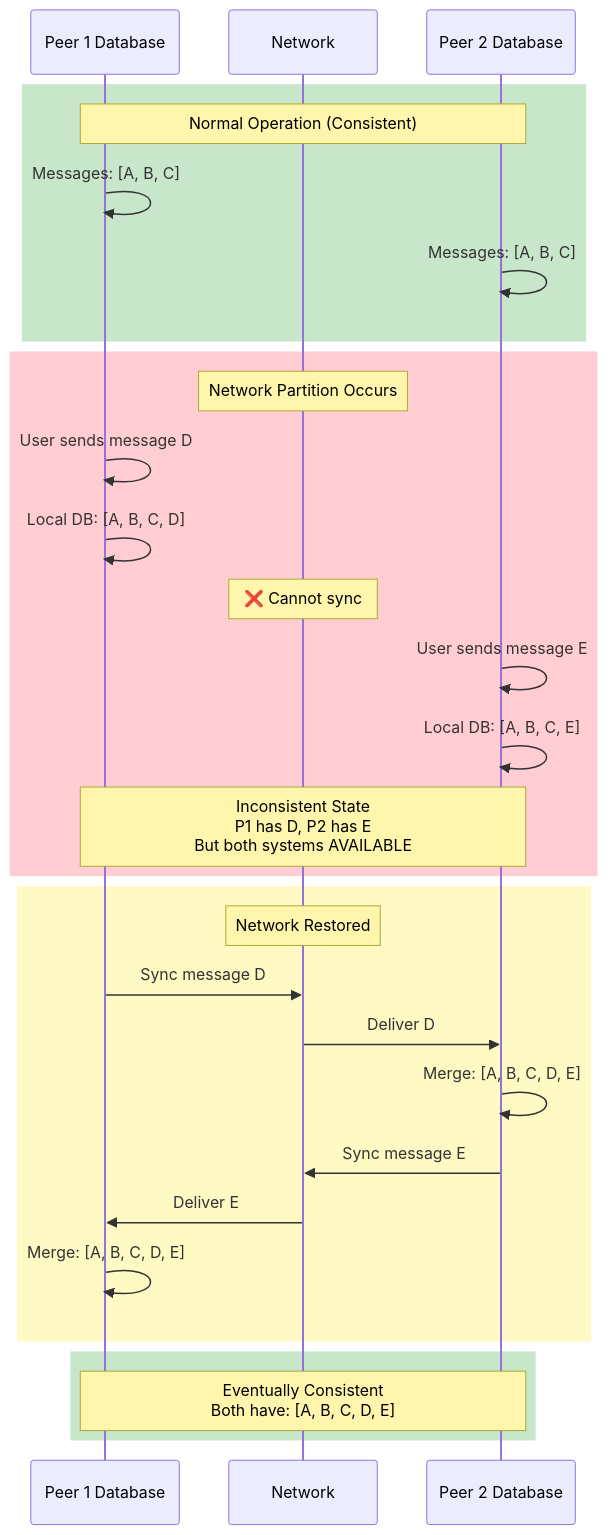
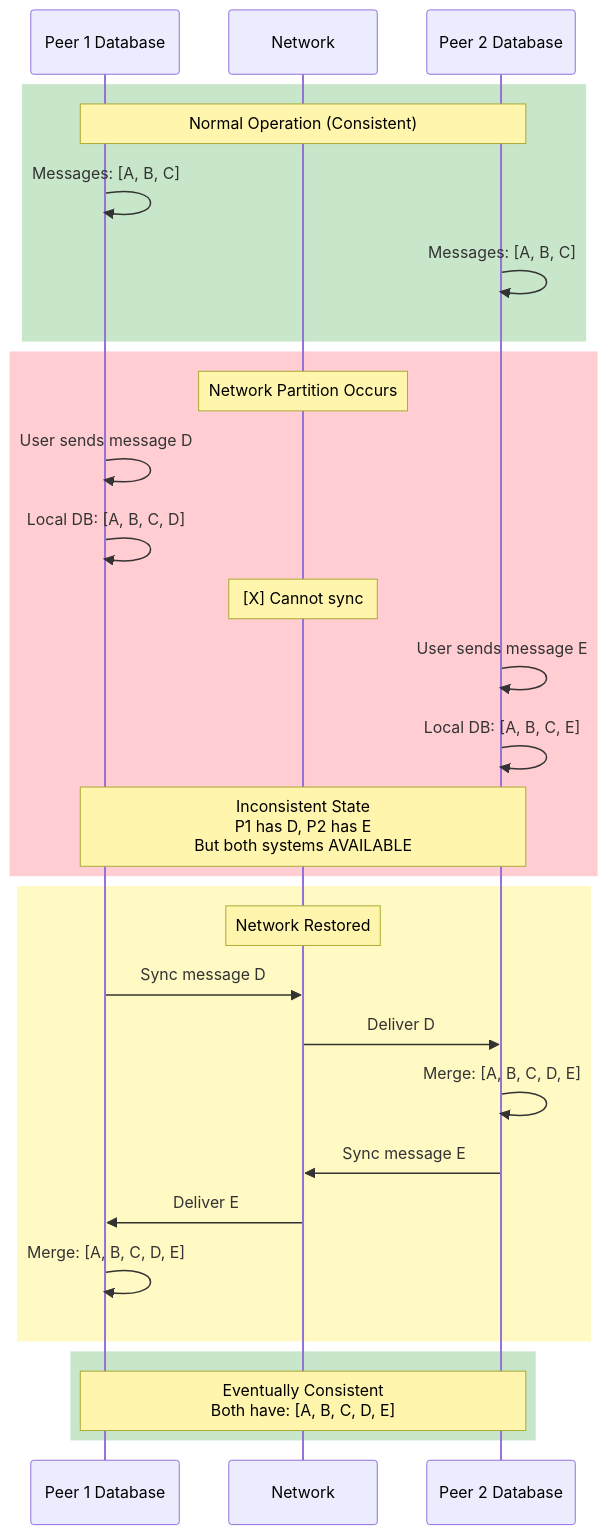
One commit to amr-kasem/distributed-systems-react-chat-peer changed the eighth of 10 diagrams in reference_docs/DISTRIBUTED_SYSTEMS_DIAGRAMS.md. Above: the diagram before and after it, drawn with Mermaid. The commit also changed other lines of this file and 5 other files, not shown here.

Commit message:
solved issues with diagrams

````diff
--- a/reference_docs/DISTRIBUTED_SYSTEMS_DIAGRAMS.md
+++ b/reference_docs/DISTRIBUTED_SYSTEMS_DIAGRAMS.md
@@ -423,40 +423,40 @@
 ```mermaid
 sequenceDiagram
     participant P1_DB as Peer 1 Database
     participant Network
     participant P2_DB as Peer 2 Database
     
     rect rgb(200, 230, 201)
         Note over P1_DB,P2_DB: Normal Operation (Consistent)
         P1_DB->>P1_DB: Messages: [A, B, C]
         P2_DB->>P2_DB: Messages: [A, B, C]
     end
     
     rect rgb(255, 205, 210)
         Note over Network: Network Partition Occurs
         P1_DB->>P1_DB: User sends message D
         P1_DB->>P1_DB: Local DB: [A, B, C, D]
         
-        Note over Network: ❌ Cannot sync
+        Note over Network: [X] Cannot sync
         
         P2_DB->>P2_DB: User sends message E
         P2_DB->>P2_DB: Local DB: [A, B, C, E]
         
         Note over P1_DB,P2_DB: Inconsistent State<br/>P1 has D, P2 has E<br/>But both systems AVAILABLE
     end
     
     rect rgb(255, 249, 196)
         Note over Network: Network Restored
         P1_DB->>Network: Sync message D
         Network->>P2_DB: Deliver D
         P2_DB->>P2_DB: Merge: [A, B, C, D, E]
         
         P2_DB->>Network: Sync message E
         Network->>P1_DB: Deliver E
         P1_DB->>P1_DB: Merge: [A, B, C, D, E]
     end
     
     rect rgb(200, 230, 201)
         Note over P1_DB,P2_DB: Eventually Consistent<br/>Both have: [A, B, C, D, E]
     end
 ```
````
